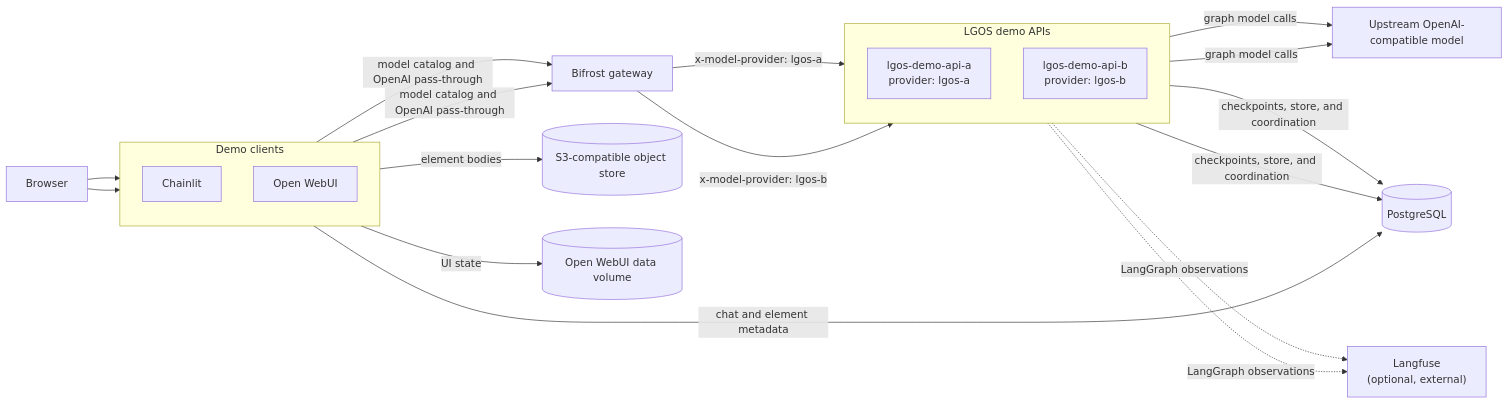
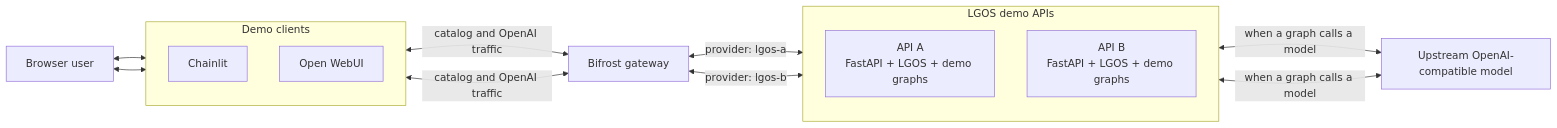
The first of 3 diagrams in docs/demo/architecture.md (ilkersigirci/langgraph-openai-serve), drawn with Mermaid before and after one commit. The commit also changed other lines of this file and 1 other file, not shown here.

Commit message:
feat: architecture docs clear mermaid diagrams

````diff
--- a/docs/demo/architecture.md
+++ b/docs/demo/architecture.md
@@ -7,40 +11,29 @@
 ```mermaid
 flowchart LR
-  user["Browser"]
+  user["Browser user"]
 
   subgraph clients["Demo clients"]
     direction TB
     chainlit["Chainlit"]
     openwebui["Open WebUI"]
   end
 
   bifrost["Bifrost gateway"]
 
   subgraph apis["LGOS demo APIs"]
     direction TB
-    api_a["lgos-demo-api-a<br/>provider: lgos-a"]
-    api_b["lgos-demo-api-b<br/>provider: lgos-b"]
+    api_a["API A<br/>FastAPI + LGOS + demo graphs"]
+    api_b["API B<br/>FastAPI + LGOS + demo graphs"]
   end
 
-  postgres[("PostgreSQL")]
-  s3[("S3-compatible object store")]
-  openwebui_data[("Open WebUI data volume")]
   model["Upstream OpenAI-compatible model"]
-  langfuse["Langfuse<br/>(optional, external)"]
 
-  user --> chainlit
-  user --> openwebui
-  chainlit -->|"model catalog and OpenAI pass-through"| bifrost
-  openwebui -->|"model catalog and OpenAI pass-through"| bifrost
-  bifrost -->|"x-model-provider: lgos-a"| api_a
-  bifrost -->|"x-model-provider: lgos-b"| api_b
-  api_a -->|"graph model calls"| model
-  api_b -->|"graph model calls"| model
-  api_a -->|"checkpoints, store, and coordination"| postgres
-  api_b -->|"checkpoints, store, and coordination"| postgres
-  chainlit -->|"chat and element metadata"| postgres
-  chainlit -->|"element bodies"| s3
-  openwebui -->|"UI state"| openwebui_data
-  api_a -.->|"LangGraph observations"| langfuse
-  api_b -.->|"LangGraph observations"| langfuse
+  user <--> chainlit
+  user <--> openwebui
+  chainlit <-->|"catalog and OpenAI traffic"| bifrost
+  openwebui <-->|"catalog and OpenAI traffic"| bifrost
+  bifrost <-->|"provider: lgos-a"| api_a
+  bifrost <-->|"provider: lgos-b"| api_b
+  api_a <-->|"when a graph calls a model"| model
+  api_b <-->|"when a graph calls a model"| model
 ```
````
